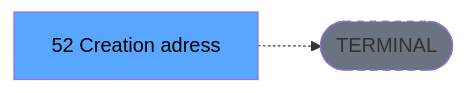
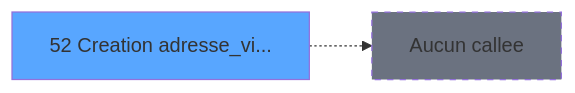
One commit to thonyAGP/magic-migration changed the third of 3 diagrams in .openspec/specs/ADH-IDE-52.md. Above: the diagram before and after it, drawn with Mermaid. The commit also changed other lines of this file and 493 other files, not shown here.

````diff
--- a/.openspec/specs/ADH-IDE-52.md
+++ b/.openspec/specs/ADH-IDE-52.md
@@ -140,8 +196,8 @@
 ```mermaid
 graph LR
-    T[52 Creation adress]
-    TERM([TERMINAL])
-    T -.-> TERM
-    style TERM fill:#6b7280,stroke-dasharray: 5 5
-    style T fill:#58a6ff,color:#000
+    T52[52 Creation adresse_vi...]
+    style T52 fill:#58a6ff
+    NONE[Aucun callee]
+    T52 -.-> NONE
+    style NONE fill:#6b7280,stroke-dasharray: 5 5
 ```
````
